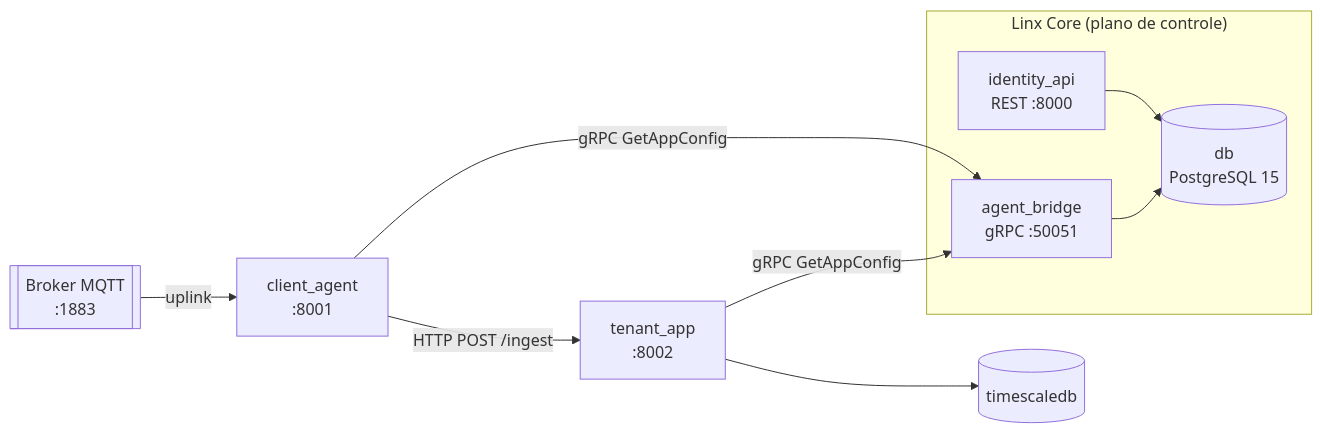
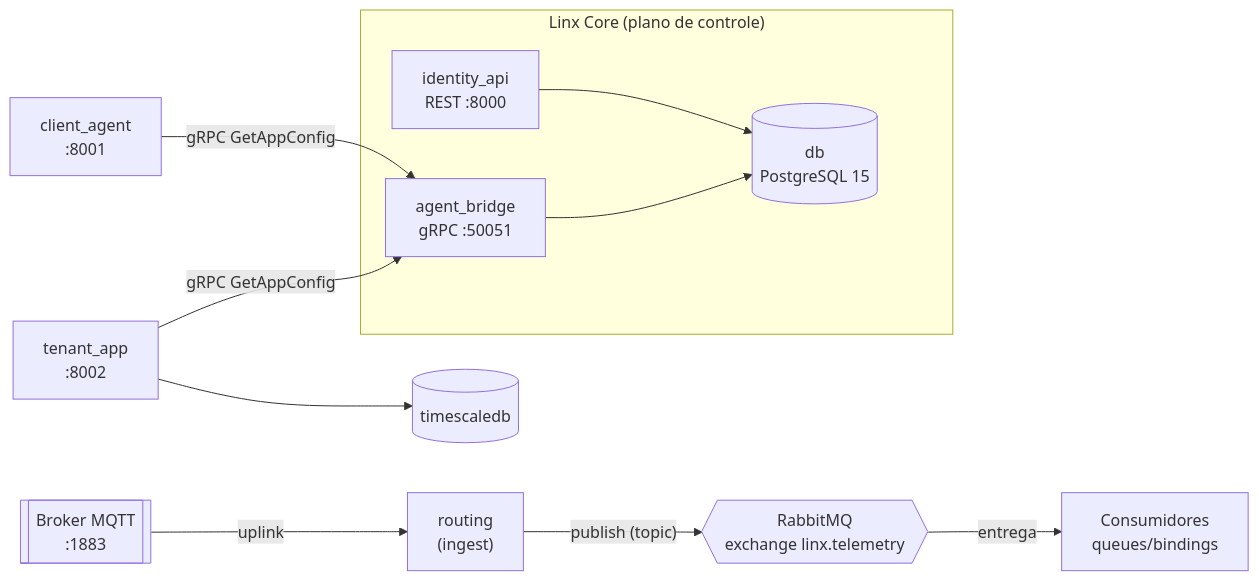
The first of 3 diagrams in docs/comunicacao_entre_servicos.md (IncludeLuisFerreira/LINX-LoRaWAN-Intelligence-Nexus), drawn with Mermaid before and after one commit. The commit also changed other lines of this file and 2 other files, not shown here.

Commit message:
docs(middleware): descreve ingest MQTT para exchange RabbitMQ

````diff
--- a/docs/comunicacao_entre_servicos.md
+++ b/docs/comunicacao_entre_servicos.md
@@ -38,21 +41,25 @@
 ```mermaid
 flowchart LR
     subgraph SaaS["Linx Core (plano de controle)"]
         ID["identity_api<br/>REST :8000"]
         AB["agent_bridge<br/>gRPC :50051"]
         DB[("db<br/>PostgreSQL 15")]
         ID --> DB
         AB --> DB
     end
 
     MQTT[["Broker MQTT<br/>:1883"]]
+    RT["routing<br/>(ingest)"]
+    RMQ{{"RabbitMQ<br/>exchange linx.telemetry"}}
     CA["client_agent<br/>:8001"]
     TA["tenant_app<br/>:8002"]
     TS[("timescaledb")]
+    CO["Consumidores<br/>queues/bindings"]
 
-    MQTT -- "uplink" --> CA
+    MQTT -- "uplink" --> RT
+    RT -- "publish (topic)" --> RMQ
+    RMQ -- "entrega" --> CO
     CA -- "gRPC GetAppConfig" --> AB
-    CA -- "HTTP POST /ingest" --> TA
     TA -- "gRPC GetAppConfig" --> AB
     TA --> TS
 ```
````
